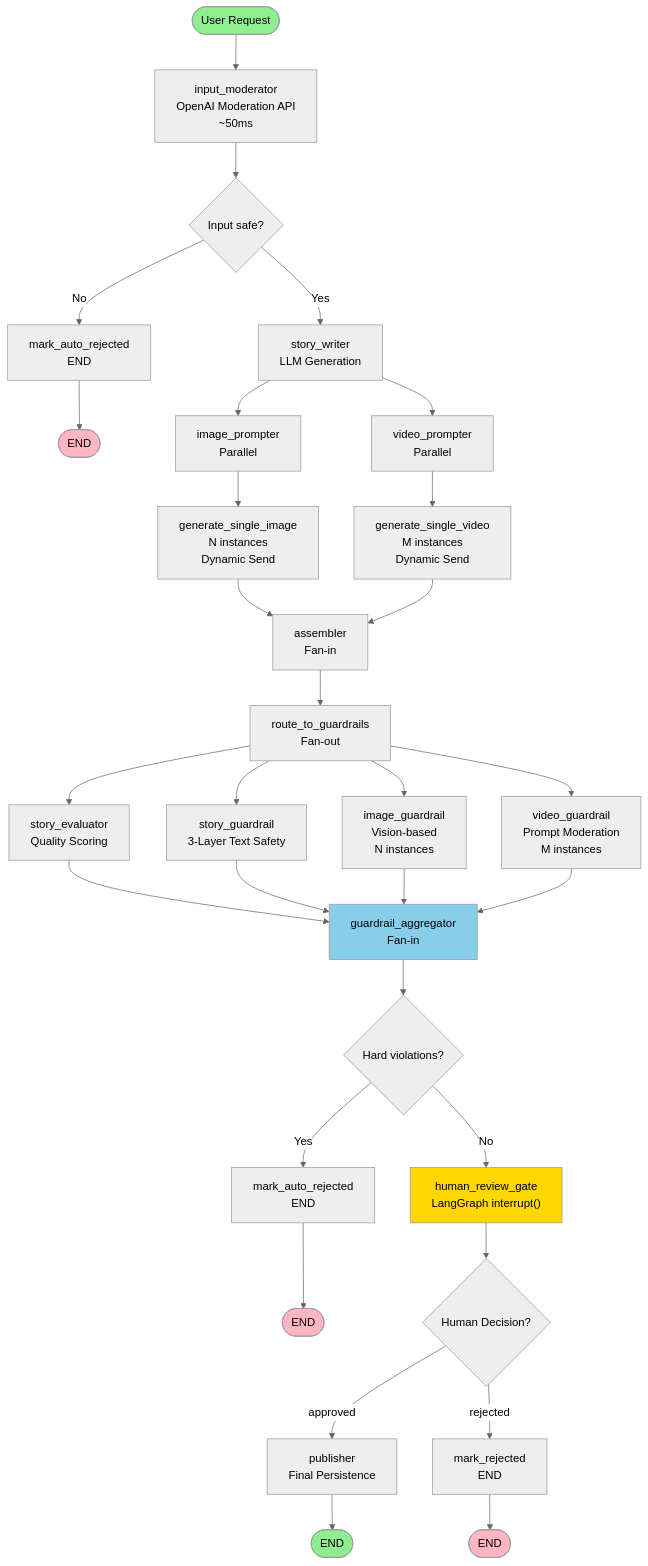
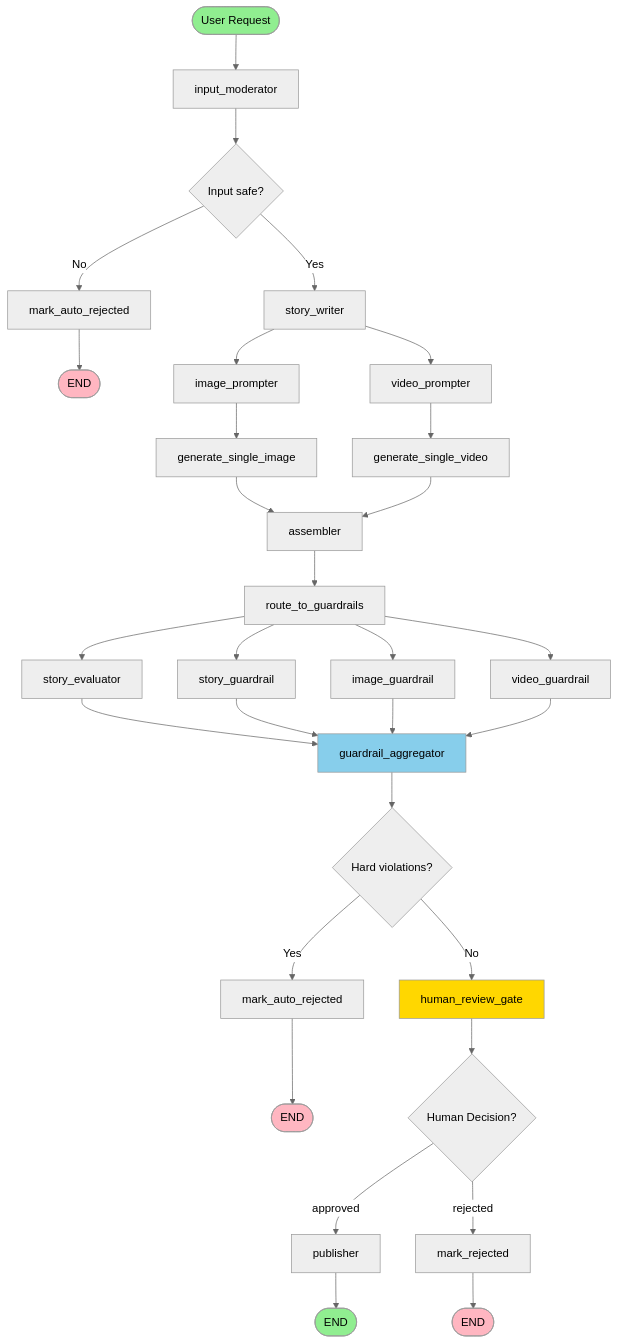
The second of 3 diagrams in BLOG.md (kanavkalra-in/kids_story_agent), drawn with Mermaid (neutral theme) before and after one commit. The commit also changed other lines of this file, not shown here.

````diff
--- a/BLOG.md
+++ b/BLOG.md
@@ -191,48 +197,48 @@
 ```mermaid
 graph TB
-    START([User Request]) --> INPUT["input_moderator<br/>OpenAI Moderation API<br/>~50ms"]
-    INPUT --> CHECK_INPUT{"Input safe?"}
-    CHECK_INPUT -->|No| AUTO_REJECT1["mark_auto_rejected<br/>END"]
-    CHECK_INPUT -->|Yes| STORY["story_writer<br/>LLM Generation"]
+    START([User Request]) --> INPUT[input_moderator]
+    INPUT --> CHECK_INPUT{Input safe?}
+    CHECK_INPUT -->|No| AUTO_REJECT1[mark_auto_rejected]
+    CHECK_INPUT -->|Yes| STORY[story_writer]
     AUTO_REJECT1 --> END1([END])
     
-    STORY --> IMG_PROMPT["image_prompter<br/>Parallel"]
-    STORY --> VID_PROMPT["video_prompter<br/>Parallel"]
+    STORY --> IMG_PROMPT[image_prompter]
+    STORY --> VID_PROMPT[video_prompter]
     
-    IMG_PROMPT --> IMG_GEN["generate_single_image<br/>N instances<br/>Dynamic Send"]
-    VID_PROMPT --> VID_GEN["generate_single_video<br/>M instances<br/>Dynamic Send"]
+    IMG_PROMPT --> IMG_GEN[generate_single_image]
+    VID_PROMPT --> VID_GEN[generate_single_video]
     
-    IMG_GEN --> ASSEMBLER["assembler<br/>Fan-in"]
+    IMG_GEN --> ASSEMBLER[assembler]
     VID_GEN --> ASSEMBLER
     
-    ASSEMBLER --> ROUTE["route_to_guardrails<br/>Fan-out"]
+    ASSEMBLER --> ROUTE[route_to_guardrails]
     
-    ROUTE --> EVAL["story_evaluator<br/>Quality Scoring"]
-    ROUTE --> STORY_GUARD["story_guardrail<br/>3-Layer Text Safety"]
-    ROUTE --> IMG_GUARD["image_guardrail<br/>Vision-based<br/>N instances"]
-    ROUTE --> VID_GUARD["video_guardrail<br/>Prompt Moderation<br/>M instances"]
+    ROUTE --> EVAL[story_evaluator]
+    ROUTE --> STORY_GUARD[story_guardrail]
+    ROUTE --> IMG_GUARD[image_guardrail]
+    ROUTE --> VID_GUARD[video_guardrail]
     
-    EVAL --> AGGREGATOR["guardrail_aggregator<br/>Fan-in"]
+    EVAL --> AGGREGATOR[guardrail_aggregator]
     STORY_GUARD --> AGGREGATOR
     IMG_GUARD --> AGGREGATOR
     VID_GUARD --> AGGREGATOR
     
-    AGGREGATOR --> CHECK_VIOLATIONS{"Hard violations?"}
-    CHECK_VIOLATIONS -->|Yes| AUTO_REJECT2["mark_auto_rejected<br/>END"]
-    CHECK_VIOLATIONS -->|No| REVIEW["human_review_gate<br/>LangGraph interrupt()"]
+    AGGREGATOR --> CHECK_VIOLATIONS{Hard violations?}
+    CHECK_VIOLATIONS -->|Yes| AUTO_REJECT2[mark_auto_rejected]
+    CHECK_VIOLATIONS -->|No| REVIEW[human_review_gate]
     AUTO_REJECT2 --> END2([END])
     
-    REVIEW --> CHECK_DECISION{"Human Decision?"}
-    CHECK_DECISION -->|approved| PUBLISHER["publisher<br/>Final Persistence"]
-    CHECK_DECISION -->|rejected| REJECT["mark_rejected<br/>END"]
+    REVIEW --> CHECK_DECISION{Human Decision?}
+    CHECK_DECISION -->|approved| PUBLISHER[publisher]
+    CHECK_DECISION -->|rejected| REJECT[mark_rejected]
     PUBLISHER --> END3([END])
     REJECT --> END4([END])
     
     style START fill:#90EE90
     style END1 fill:#FFB6C1
     style END2 fill:#FFB6C1
     style END3 fill:#90EE90
     style END4 fill:#FFB6C1
     style REVIEW fill:#FFD700
     style AGGREGATOR fill:#87CEEB
 ```
````
